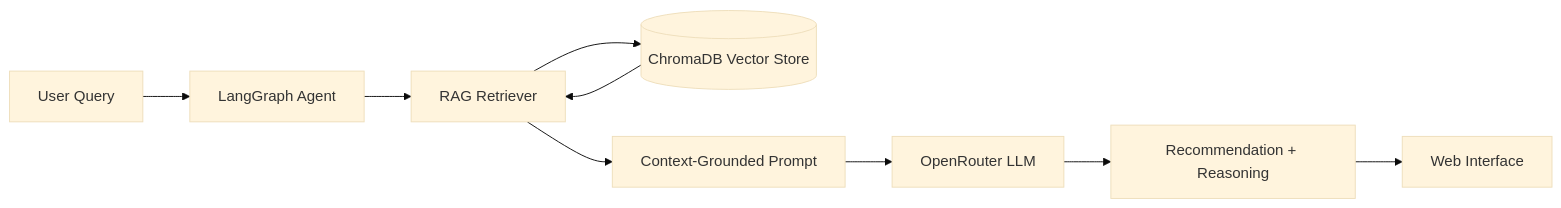
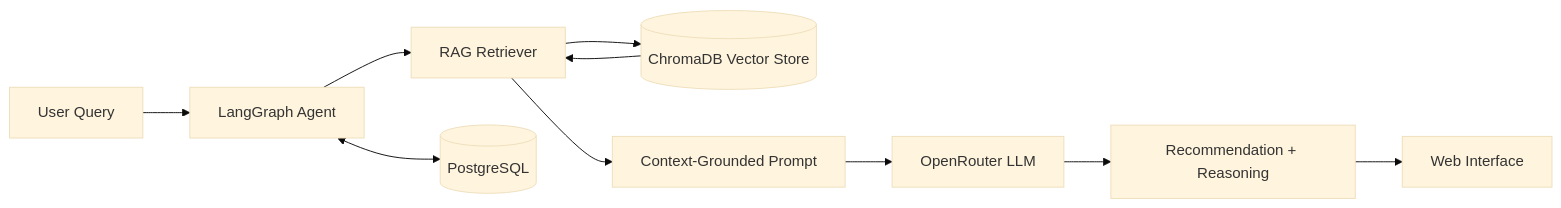
Before and after one commit to Salma-Talat-Shaheen/Medicine-Diabetes-Assistant: the diagram in README.md, drawn with Mermaid (base theme). The commit also changed other lines of this file, not shown here.

````diff
--- a/README.md
+++ b/README.md
@@ -48,11 +58,12 @@
 ```mermaid
 flowchart LR
     A[User Query] --> B[LangGraph Agent]
     B --> C[RAG Retriever]
     C --> D[(ChromaDB Vector Store)]
     D --> C
     C --> E[Context-Grounded Prompt]
     E --> F[OpenRouter LLM]
     F --> G[Recommendation + Reasoning]
     G --> H[Web Interface]
+    B <--> I[(PostgreSQL)]
 ```
````
